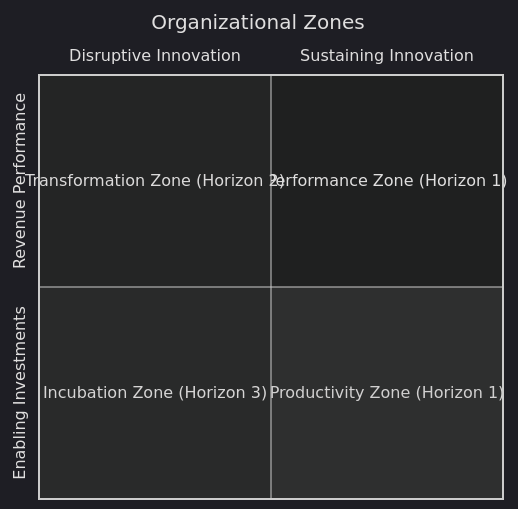
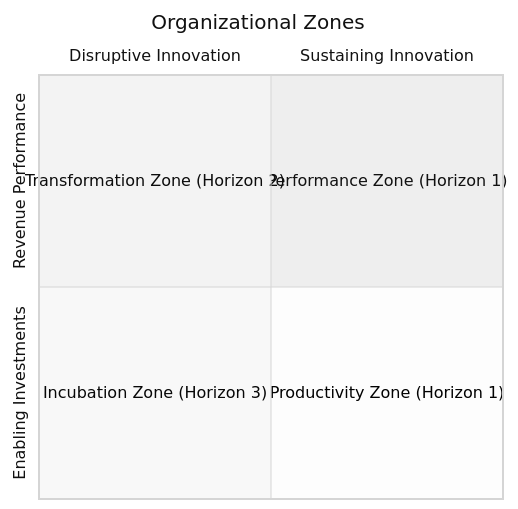
The third of 3 diagrams in src/lib/content/posts/valley_strategy.md (k-cross/blog), drawn with Mermaid before and after one commit. The commit also changed 8 other files, not shown here.

````diff
--- a/src/lib/content/posts/valley_strategy.md
+++ b/src/lib/content/posts/valley_strategy.md
@@ -146,11 +146,11 @@
 ```mermaid
-%%{init: {'theme':'dark'}}%%
+%%{init: {'theme':'neutral'}}%%
 quadrantChart
     title Organizational Zones
     x-axis Disruptive Innovation --> Sustaining Innovation
     y-axis Enabling Investments --> Revenue Performance
     quadrant-1 "Performance Zone (Horizon 1)"
     quadrant-2 "Transformation Zone (Horizon 2)"
     quadrant-3 "Incubation Zone (Horizon 3)"
     quadrant-4 "Productivity Zone (Horizon 1)"
 ```
````
